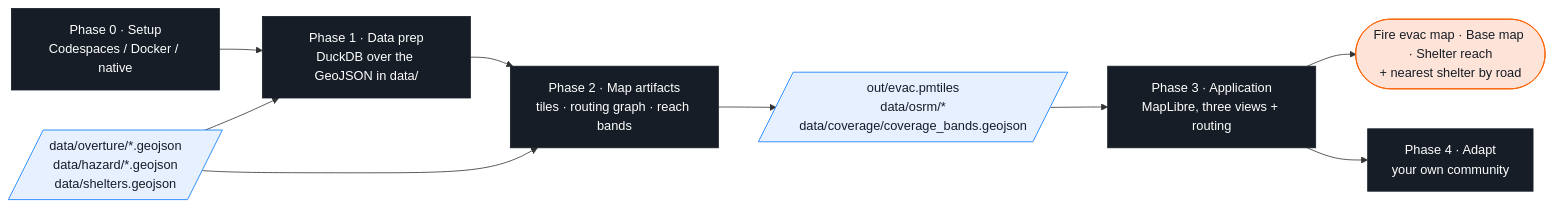
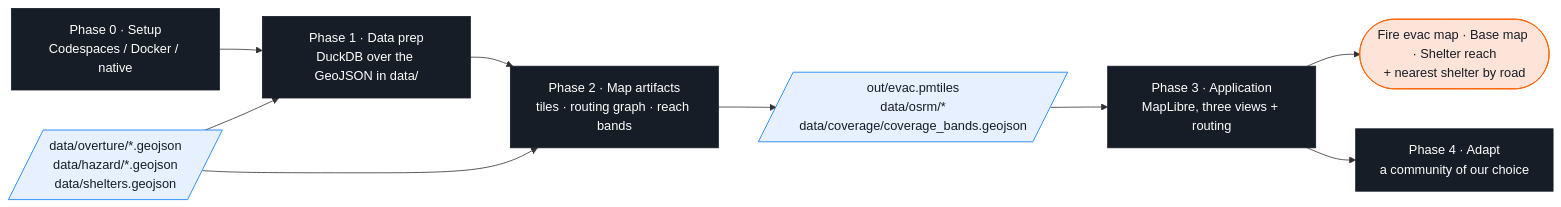
Before and after one commit to vishal4c/routes-to-safety-workshop: the first of 6 diagrams in README.md, drawn with Mermaid. The commit also changed other lines of this file and 6 other files, not shown here.

````diff
--- a/README.md
+++ b/README.md
@@ -25,20 +25,20 @@
 ```mermaid
 flowchart LR
   classDef ph   fill:#161D26,stroke:#161D26,color:#FFFFFF
   classDef file fill:#E6F0FF,stroke:#0678FF,color:#161D26
   classDef out  fill:#FEE3D8,stroke:#FF6101,color:#161D26
 
   P0["Phase 0 · Setup<br/>Codespaces / Docker / native"]:::ph
   P1["Phase 1 · Data prep<br/>DuckDB over the GeoJSON in data/"]:::ph
   P2["Phase 2 · Map artifacts<br/>tiles · routing graph · reach bands"]:::ph
   P3["Phase 3 · Application<br/>MapLibre, three views + routing"]:::ph
-  P4["Phase 4 · Adapt<br/>your own community"]:::ph
+  P4["Phase 4 · Adapt<br/>a community of our choice"]:::ph
   D[/"data/overture/*.geojson<br/>data/hazard/*.geojson<br/>data/shelters.geojson"/]:::file
   A2[/"out/evac.pmtiles<br/>data/osrm/*<br/>data/coverage/coverage_bands.geojson"/]:::file
   A3(["Fire evac map · Base map · Shelter reach<br/>+ nearest shelter by road"]):::out
 
   P0 --> P1 --> P2 --> A2 --> P3 --> A3
   D --> P1
   D --> P2
   P3 --> P4
 ```
````
